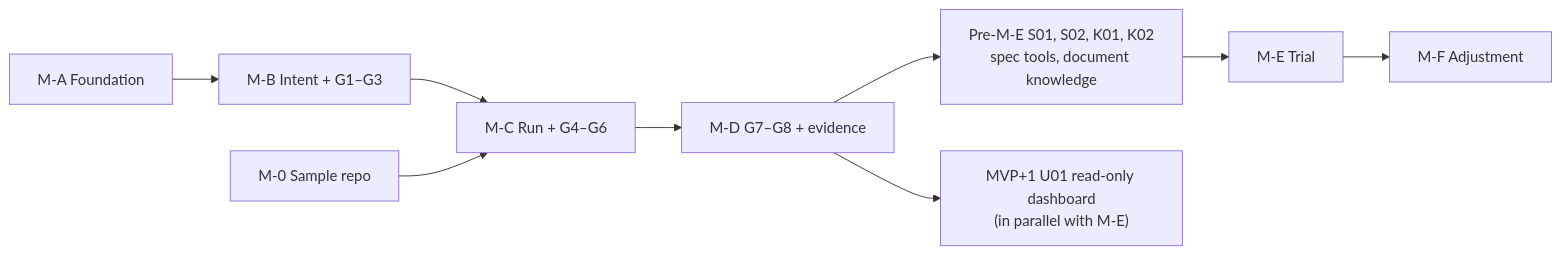
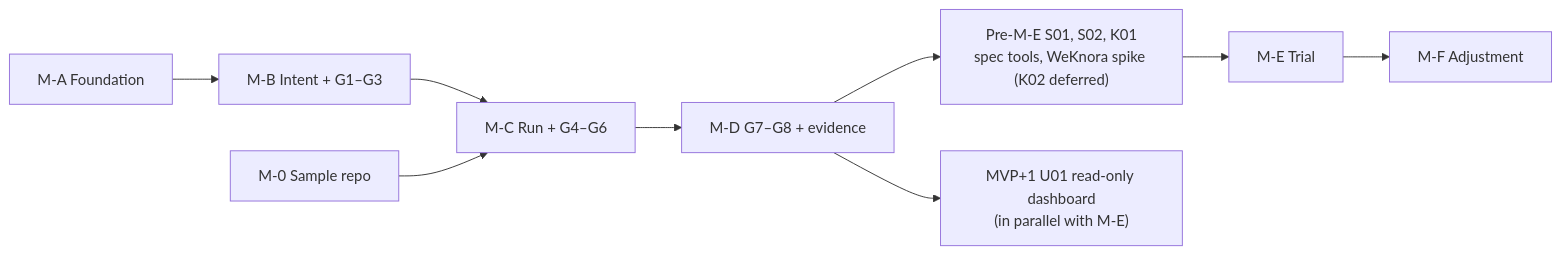
One commit to hoanghainh1188/agentic-sdlc-framework changed the diagram in design/D-08-mvp-backlog.md. Above: the diagram before and after it, drawn with Mermaid. The commit also changed other lines of this file and 5 other files, not shown here.

````diff
--- a/design/D-08-mvp-backlog.md
+++ b/design/D-08-mvp-backlog.md
@@ -51,11 +51,11 @@
 ```mermaid
 flowchart LR
     MA["M-A Foundation"] --> MB["M-B Intent + G1–G3"]
     MB --> MC["M-C Run + G4–G6"]
     M0["M-0 Sample repo"] --> MC
     MC --> MD["M-D G7–G8 + evidence"]
-    MD --> MP["Pre-M-E S01, S02, K01, K02<br/>spec tools, document knowledge"]
+    MD --> MP["Pre-M-E S01, S02, K01<br/>spec tools, WeKnora spike (K02 deferred)"]
     MP --> ME["M-E Trial"]
     ME --> MF["M-F Adjustment"]
     MD --> MU["MVP+1 U01 read-only dashboard<br/>(in parallel with M-E)"]
 ```
````
